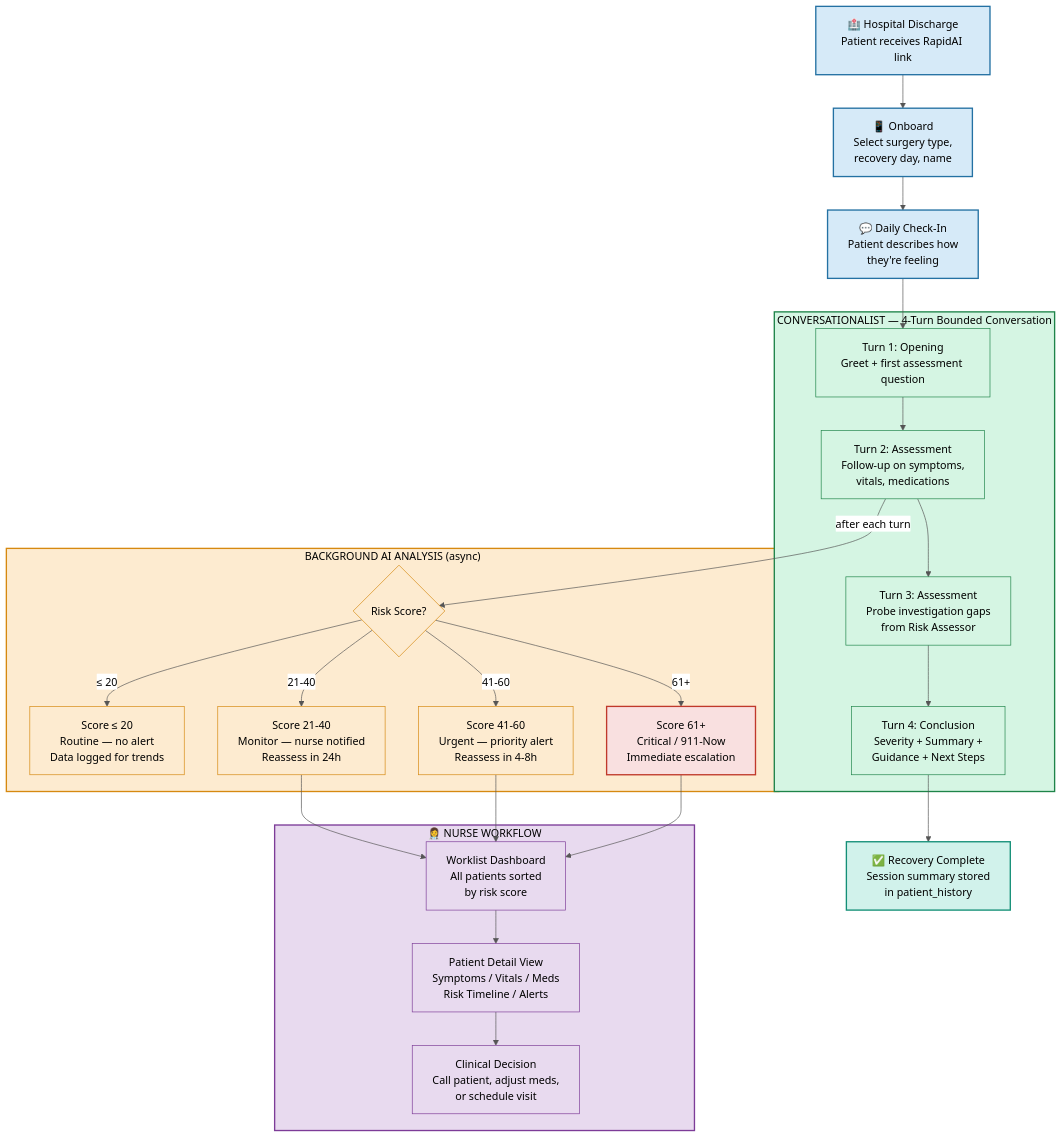
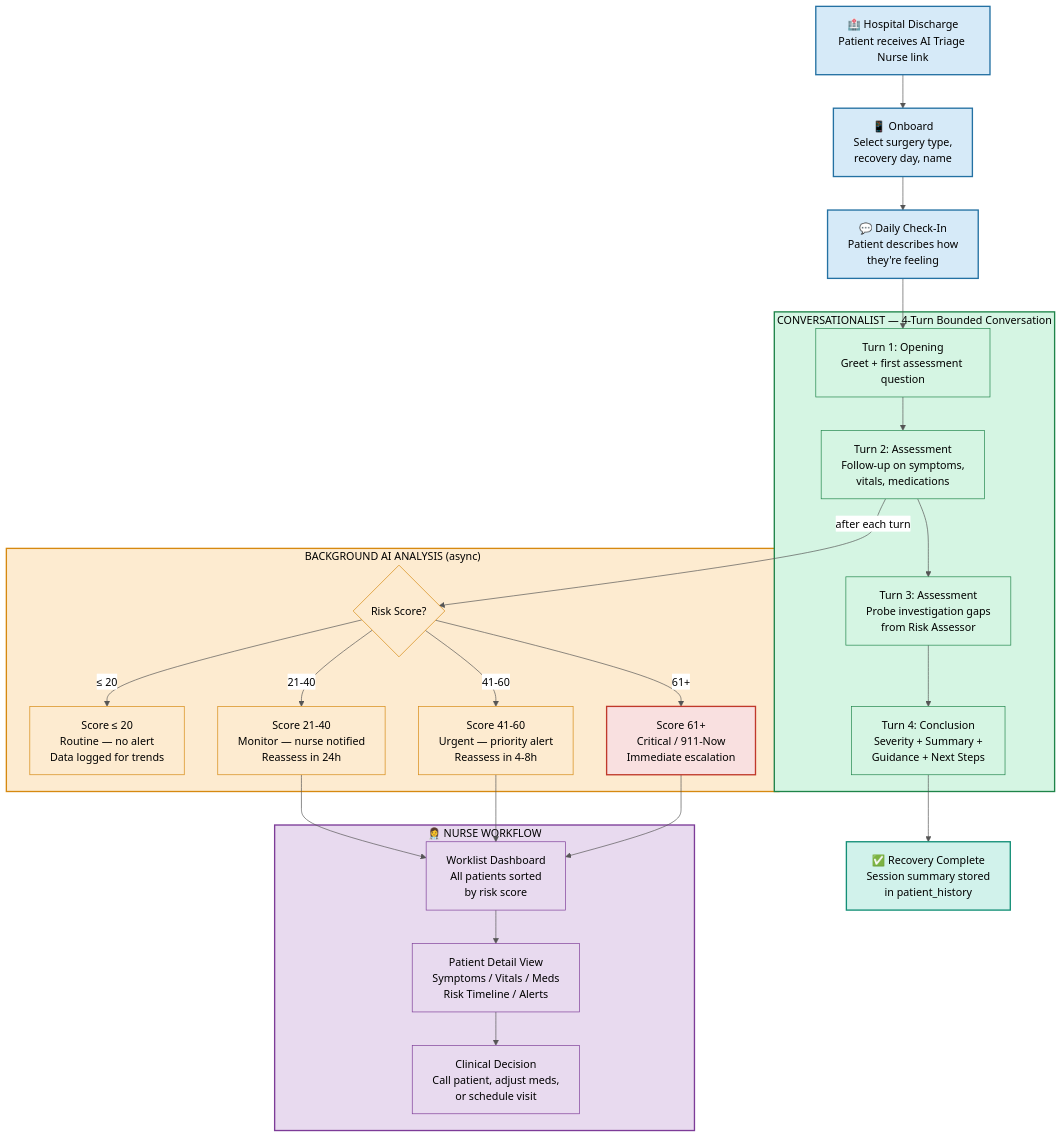
The third of 5 diagrams in ROADMAP_PRD.md (ankitasinha015/post-op-triage), drawn with Mermaid before and after one commit. The commit also changed other lines of this file, not shown here.

Commit message:
docs: rename RapidAI to AI Triage Nurse in roadmap/PRD

````diff
--- a/ROADMAP_PRD.md
+++ b/ROADMAP_PRD.md
@@ -229,62 +229,62 @@
 ```mermaid
 %%{init: {'theme': 'base', 'themeVariables': {'primaryTextColor': '#000000', 'lineColor': '#555555', 'background': '#ffffff', 'mainBkg': '#ffffff', 'edgeLabelBackground': '#ffffff'}}}%%
 flowchart TD
-    A["🏥 Hospital Discharge\nPatient receives RapidAI link"]
+    A["🏥 Hospital Discharge\nPatient receives AI Triage Nurse link"]
     B["📱 Onboard\nSelect surgery type,\nrecovery day, name"]
     C["💬 Daily Check-In\nPatient describes how\nthey're feeling"]
 
     subgraph CONV_FLOW["CONVERSATIONALIST — 4-Turn Bounded Conversation"]
         D["Turn 1: Opening\nGreet + first assessment question"]
         E["Turn 2: Assessment\nFollow-up on symptoms,\nvitals, medications"]
         F["Turn 3: Assessment\nProbe investigation gaps\nfrom Risk Assessor"]
         G["Turn 4: Conclusion\nSeverity + Summary +\nGuidance + Next Steps"]
     end
 
     subgraph AI_ANALYSIS["BACKGROUND AI ANALYSIS (async)"]
         H{"Risk Score?"}
         I["Score ≤ 20\nRoutine — no alert\nData logged for trends"]
         J["Score 21-40\nMonitor — nurse notified\nReassess in 24h"]
         K["Score 41-60\nUrgent — priority alert\nReassess in 4-8h"]
         L["Score 61+\nCritical / 911-Now\nImmediate escalation"]
     end
 
     subgraph NURSE_FLOW["👩‍⚕️ NURSE WORKFLOW"]
         M["Worklist Dashboard\nAll patients sorted\nby risk score"]
         N["Patient Detail View\nSymptoms / Vitals / Meds\nRisk Timeline / Alerts"]
         O["Clinical Decision\nCall patient, adjust meds,\nor schedule visit"]
     end
 
     P["✅ Recovery Complete\nSession summary stored\nin patient_history"]
 
     A --> B --> C --> D
     D --> E --> F --> G
     G --> P
 
     E -- "after each turn" --> H
     H -- "≤ 20" --> I
     H -- "21-40" --> J
     H -- "41-60" --> K
     H -- "61+" --> L
 
     J & K & L --> M --> N --> O
 
     style A fill:#d6eaf8,stroke:#2471a3,stroke-width:2px,color:#000
     style B fill:#d6eaf8,stroke:#2471a3,stroke-width:2px,color:#000
     style C fill:#d6eaf8,stroke:#2471a3,stroke-width:2px,color:#000
     style CONV_FLOW fill:#d5f5e3,stroke:#1e8449,stroke-width:2px,color:#000
     style D fill:#d5f5e3,stroke:#1e8449,color:#000
     style E fill:#d5f5e3,stroke:#1e8449,color:#000
     style F fill:#d5f5e3,stroke:#1e8449,color:#000
     style G fill:#d5f5e3,stroke:#1e8449,color:#000
     style AI_ANALYSIS fill:#fdebd0,stroke:#d68910,stroke-width:2px,color:#000
     style H fill:#fdebd0,stroke:#d68910,color:#000
     style I fill:#fdebd0,stroke:#d68910,color:#000
     style J fill:#fdebd0,stroke:#d68910,color:#000
     style K fill:#fdebd0,stroke:#d68910,color:#000
     style L fill:#f9e0e0,stroke:#c0392b,stroke-width:2px,color:#000
     style NURSE_FLOW fill:#e8daef,stroke:#7d3c98,stroke-width:2px,color:#000
     style M fill:#e8daef,stroke:#7d3c98,color:#000
     style N fill:#e8daef,stroke:#7d3c98,color:#000
     style O fill:#e8daef,stroke:#7d3c98,color:#000
     style P fill:#d1f2eb,stroke:#148f77,stroke-width:2px,color:#000
 ```
````
